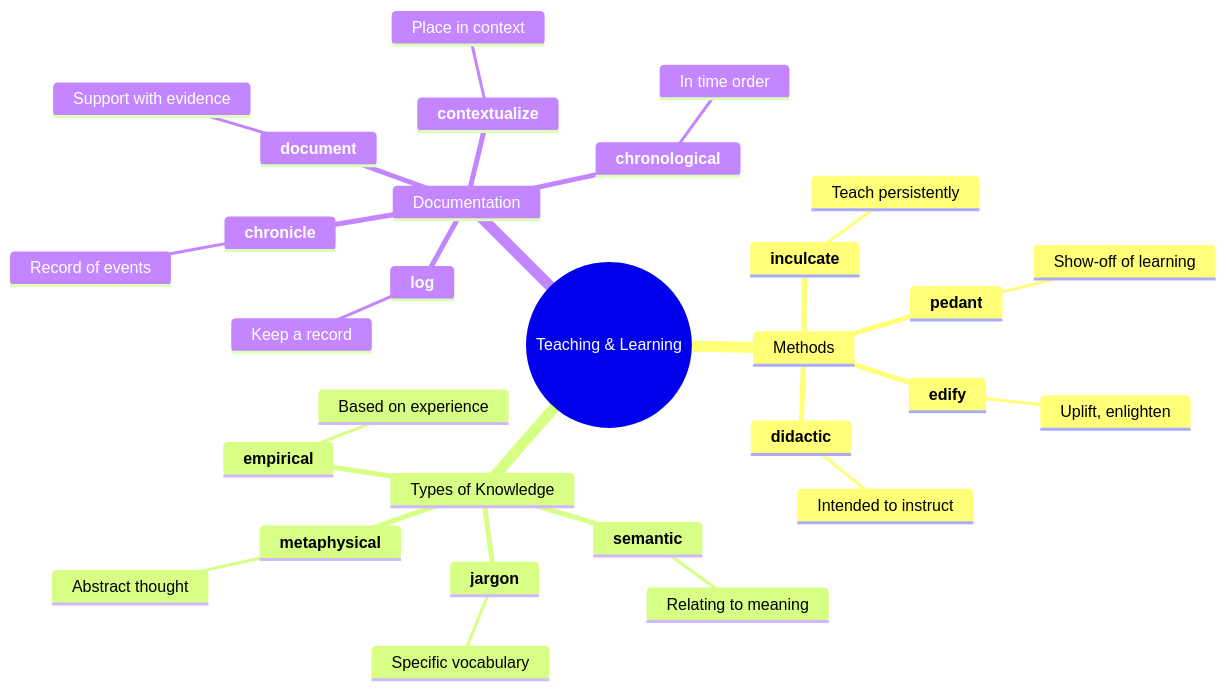
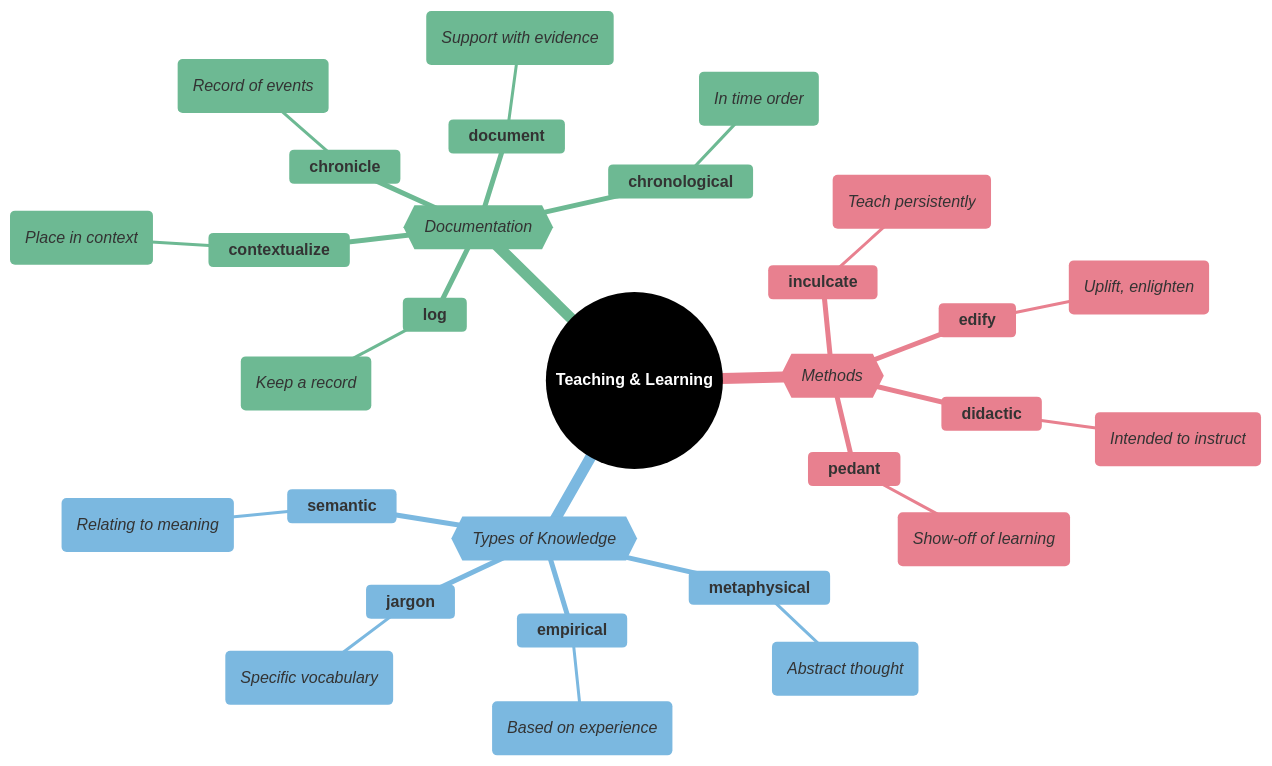
The sixth of 7 diagrams in mindmaps/12-knowledge-and-ignorance.md (95anantsingh/gre-preparation), drawn with Mermaid before and after one commit. The commit also changed other lines of this file and 14 other files, not shown here.

````diff
--- a/mindmaps/12-knowledge-and-ignorance.md
+++ b/mindmaps/12-knowledge-and-ignorance.md
@@ -223,33 +392,52 @@
 ```mermaid
+%%{
+  init: {
+    "theme": "base",
+    "themeVariables": {
+      "primaryColor": "#000000",
+      "cScale1": "#e8808f",  "cScaleInv1": "#a33445",
+      "cScale2": "#7bb8e0",  "cScaleInv2": "#266a93",
+      "cScale3": "#6db993",  "cScaleInv3": "#23543f",
+      "cScale4": "#f5d07a",  "cScaleInv4": "#c4903b",
+      "cScale5": "#b08fcc",  "cScaleInv5": "#5d3b75",
+      "cScale6": "#74dace",  "cScaleInv6": "#217d72",
+      "cScale7": "#f09570",  "cScaleInv7": "#b84112",
+      "cScale8": "#8ea8c2",  "cScaleInv8": "#32465e",
+      "cScale9": "#cc7fba",  "cScaleInv9": "#7d2868",
+      "cScale10": "#c99a78", "cScaleInv10": "#7c4e32",
+      "cScale11": "#a3a3a3", "cScaleInv11": "#3d3d3d"
+    }
+  }
+}%%
 mindmap
-  root((Teaching & Learning))
-    Methods
+  root((<font color=white>**Teaching & Learning**</font>))
+    {{_Methods_}}
       **didactic**
-        Intended to instruct
+        (_Intended to instruct_)
       **edify**
-        Uplift, enlighten
+        (_Uplift, enlighten_)
       **inculcate**
-        Teach persistently
+        (_Teach persistently_)
       **pedant**
-        Show-off of learning
-    Types of Knowledge
+        (_Show-off of learning_)
+    {{_Types of Knowledge_}}
       **empirical**
-        Based on experience
+        (_Based on experience_)
       **semantic**
-        Relating to meaning
+        (_Relating to meaning_)
       **metaphysical**
-        Abstract thought
+        (_Abstract thought_)
       **jargon**
-        Specific vocabulary
-    Documentation
+        (_Specific vocabulary_)
+    {{_Documentation_}}
       **document**
-        Support with evidence
+        (_Support with evidence_)
       **log**
-        Keep a record
+        (_Keep a record_)
       **contextualize**
-        Place in context
+        (_Place in context_)
       **chronicle**
-        Record of events
+        (_Record of events_)
       **chronological**
-        In time order
+        (_In time order_)
 ```
````
